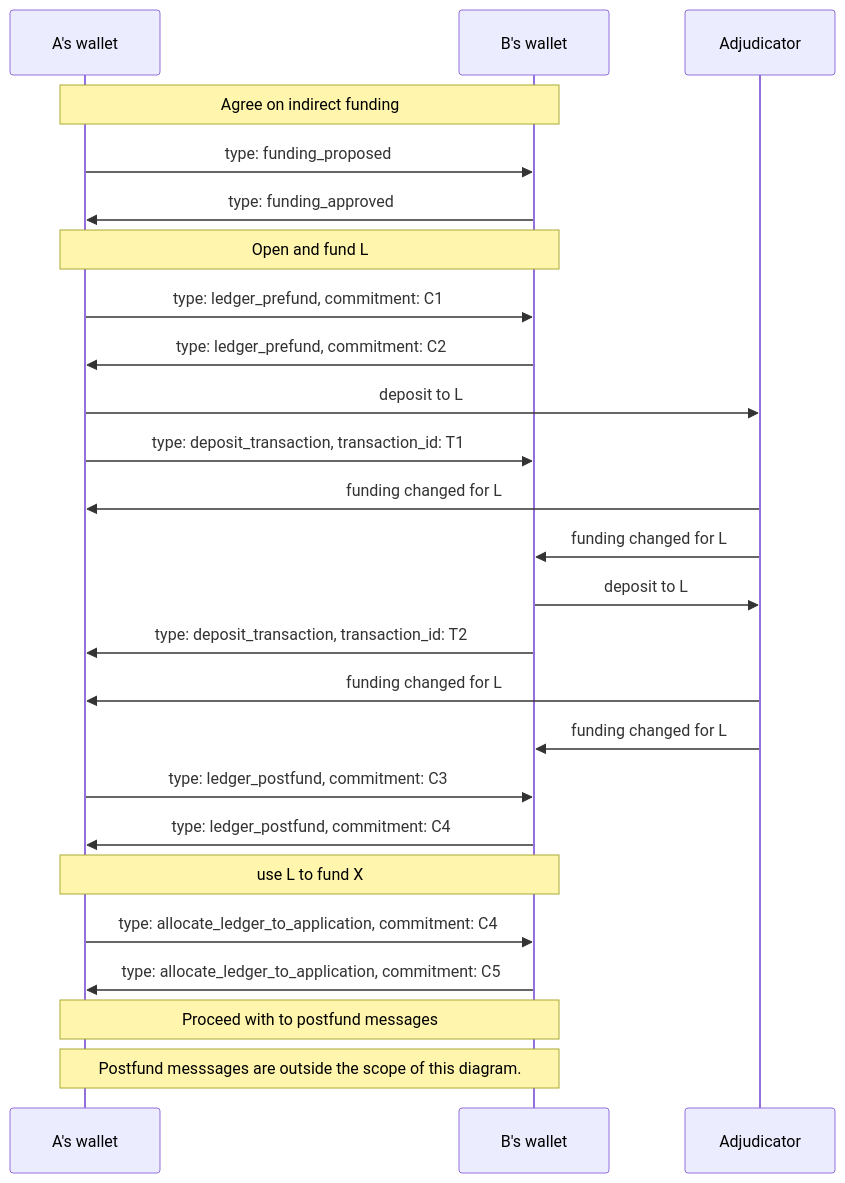
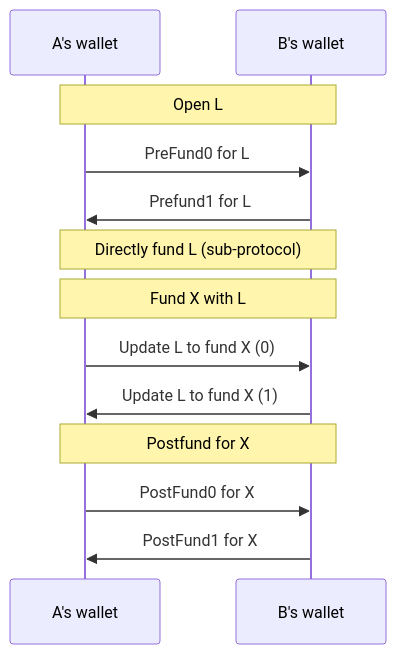
The diagram in packages/rps/packages/wallet/src/redux/protocols/indirect-funding/readme.md (statechannels/statechannels), drawn with Mermaid before and after one commit. The commit also changed other lines of this file and 30 other files, not shown here.

First line of the commit message:
Merge pull request #427 from magmo/indirect-funding2

````diff
--- a/packages/rps/packages/wallet/src/redux/protocols/indirect-funding/readme.md
+++ b/packages/rps/packages/wallet/src/redux/protocols/indirect-funding/readme.md
@@ -164,28 +24,16 @@
 ```mermaid
 sequenceDiagram
   participant A as A's wallet
   participant B as B's wallet
-  participant adj as Adjudicator
 
-  Note over A, B: Agree on indirect funding
-  A->>B: type: funding_proposed
-  B->>A: type: funding_approved
-  Note  over A, B: Open and fund L
-  A->>B: type: ledger_prefund, commitment: C1
-  B->>A: type: ledger_prefund, commitment: C2
-  A->>adj: deposit to L
-  A->>B: type: deposit_transaction, transaction_id: T1
-  adj->>A: funding changed for L
-  adj->>B: funding changed for L
-  B->>adj: deposit to L
-  B->>A: type: deposit_transaction, transaction_id: T2
-  adj->>A: funding changed for L
-  adj->>B: funding changed for L
-  A->>B: type: ledger_postfund, commitment: C3
-  B->>A: type: ledger_postfund, commitment: C4
-  Note  over A, B: use L to fund X
-  A->>B: type: allocate_ledger_to_application, commitment: C4
-  B->>A: type: allocate_ledger_to_application, commitment: C5
-  Note  over A, B: Proceed with to postfund messages
-  Note  over A, B: Postfund messsages are outside the scope of this diagram.
+  Note  over A, B: Open L
+  A->>B: PreFund0 for L
+  B->>A: Prefund1 for L
+  Note  over A, B: Directly fund L (sub-protocol)
+  Note  over A, B: Fund X with L
+  A->>B: Update L to fund X (0)
+  B->>A: Update L to fund X (1)
+  Note  over A, B: Postfund for X
+  A->>B: PostFund0 for X
+  B->>A: PostFund1 for X
 ```
````
